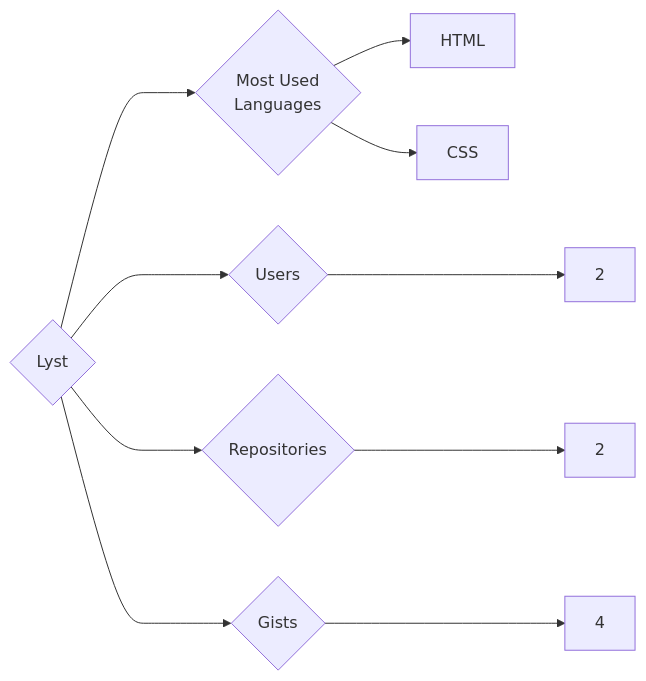
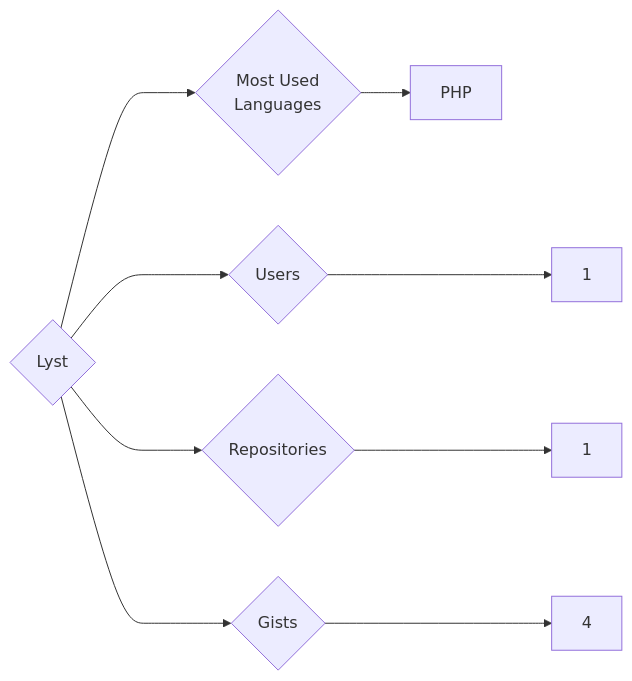
Before and after one commit to trickest/insiders: the diagram in targets/Lyst/README.md, drawn with Mermaid. The commit also changed 1496 other files, not shown here.

````diff
--- a/targets/Lyst/README.md
+++ b/targets/Lyst/README.md
@@ -3,10 +3,9 @@
 ```mermaid
 graph LR
 COMPANY_NAME{Lyst}
-COMPANY_NAME ---> U{Users} ---> UN[2]
-COMPANY_NAME ---> R{Repositories} ---> RN[2]
+COMPANY_NAME ---> U{Users} ---> UN[1]
+COMPANY_NAME ---> R{Repositories} ---> RN[1]
 COMPANY_NAME ---> G{Gists} ---> GN[4]
 COMPANY_NAME ---> ML{Most Used<br>Languages}
-ML --> HTML[HTML]
-ML --> CSS[CSS]
+ML --> PHP[PHP]
 ```
````
